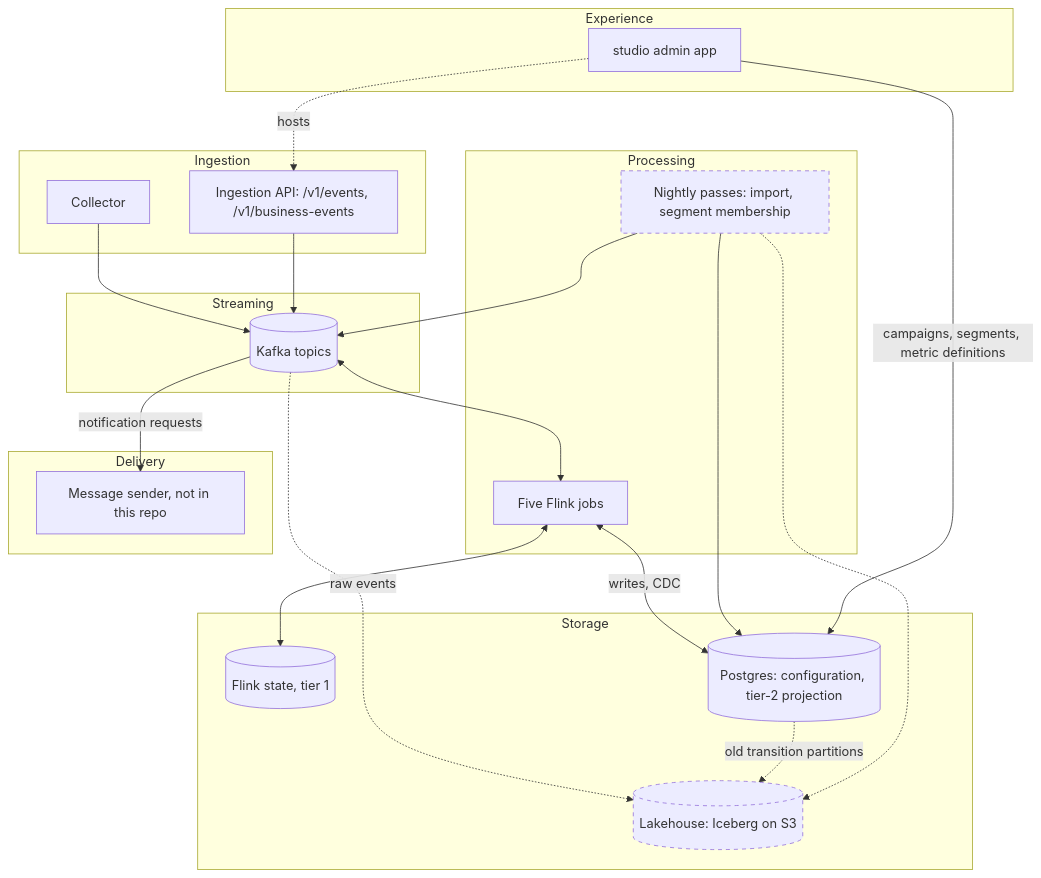
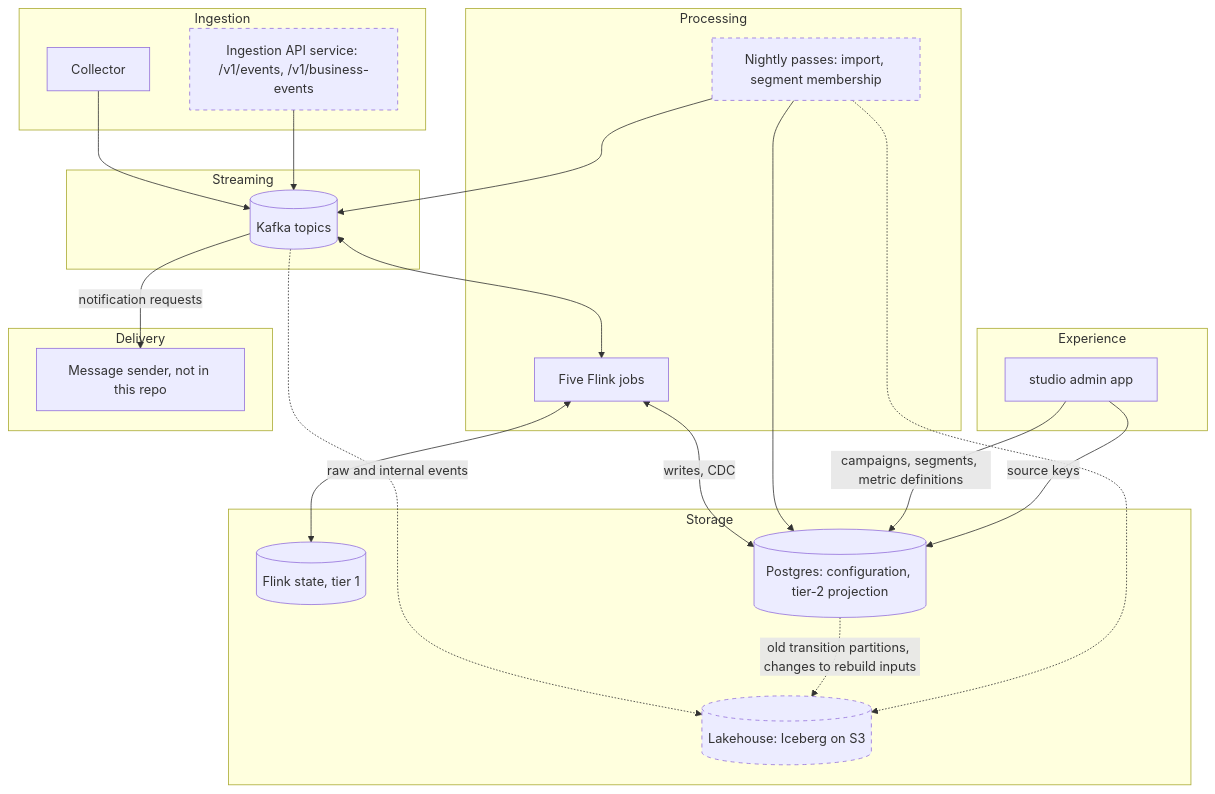
One commit to 18120158binh/salarose changed the second of 7 diagrams in docs/internal/architecture/overview.md. Above: the diagram before and after it, drawn with Mermaid. The commit also changed other lines of this file and 46 other files, not shown here.

````diff
--- a/docs/internal/architecture/overview.md
+++ b/docs/internal/architecture/overview.md
@@ -27,40 +27,40 @@
 ```mermaid
 flowchart TB
 	subgraph ingest[Ingestion]
 		collector[Collector]
-		api[Ingestion API: /v1/events, /v1/business-events]
+		api[Ingestion API service: /v1/events, /v1/business-events]
 	end
 	subgraph stream[Streaming]
 		kafka[(Kafka topics)]
 	end
 	subgraph process[Processing]
 		flink[Five Flink jobs]
 		batch[Nightly passes: import, segment membership]
 	end
 	subgraph store[Storage]
 		state[(Flink state, tier 1)]
 		pg[(Postgres: configuration, tier-2 projection)]
 		lake[(Lakehouse: Iceberg on S3)]
 	end
 	subgraph experience[Experience]
 		studio[studio admin app]
 	end
 	subgraph delivery[Delivery]
 		sender[Message sender, not in this repo]
 	end
 	collector --> kafka
 	api --> kafka
 	kafka <--> flink
 	flink <--> state
 	flink <-->|writes, CDC| pg
-	kafka -.->|raw events| lake
-	pg -.->|old transition partitions| lake
+	kafka -.->|raw and internal events| lake
+	pg -.->|old transition partitions, changes to rebuild inputs| lake
 	batch -.-> lake
 	batch --> pg
 	batch --> kafka
 	studio -->|campaigns, segments, metric definitions| pg
-	studio -.->|hosts| api
+	studio -->|source keys| pg
 	kafka -->|notification requests| sender
 	classDef planned stroke-dasharray: 5 5
-	class batch,lake planned
+	class batch,lake,api planned
 ```
````
